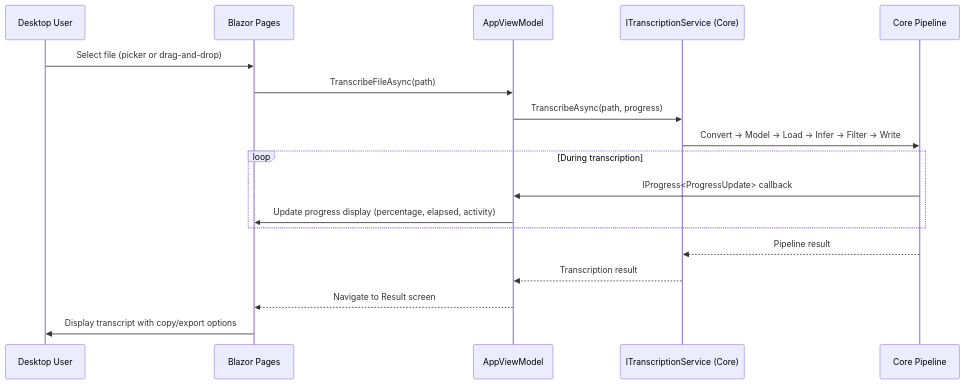
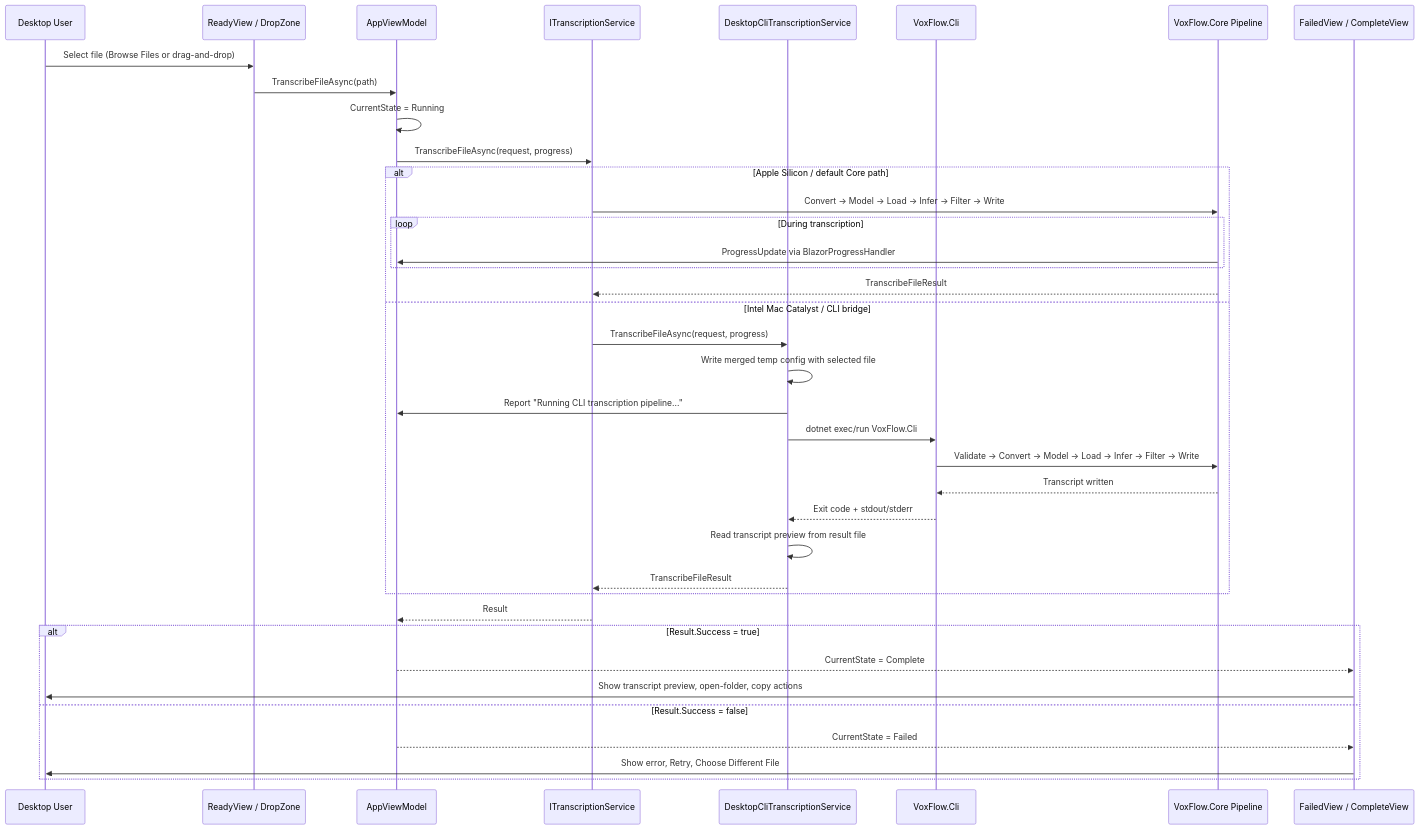
The sixth of 6 diagrams in docs/architecture/04-runtime-sequences.md (artemsemdev/VoxFlow), drawn with Mermaid before and after one commit. The commit also changed other lines of this file and 12 other files, not shown here.

First line of the commit message:
refactor: simplify VoxFlow Desktop UI by removing NotReady state, settings panel, and status bar

````diff
--- a/docs/architecture/04-runtime-sequences.md
+++ b/docs/architecture/04-runtime-sequences.md
@@ -238,24 +173,43 @@
 ```mermaid
 sequenceDiagram
     participant User as Desktop User
-    participant Pages as Blazor Pages
+    participant Ready as ReadyView / DropZone
     participant VM as AppViewModel
-    participant ITranscription as ITranscriptionService (Core)
-    participant Core as Core Pipeline
+    participant ITranscription as ITranscriptionService
+    participant Bridge as DesktopCliTranscriptionService
+    participant CLI as VoxFlow.Cli
+    participant Core as VoxFlow.Core Pipeline
+    participant Result as FailedView / CompleteView
 
-    User->>Pages: Select file (picker or drag-and-drop)
-    Pages->>VM: TranscribeFileAsync(path)
-    VM->>ITranscription: TranscribeAsync(path, progress)
-    ITranscription->>Core: Convert → Model → Load → Infer → Filter → Write
+    User->>Ready: Select file (Browse Files or drag-and-drop)
+    Ready->>VM: TranscribeFileAsync(path)
+    VM->>VM: CurrentState = Running
+    VM->>ITranscription: TranscribeFileAsync(request, progress)
 
-    loop During transcription
-        Core->>VM: IProgress<ProgressUpdate> callback
-        VM->>Pages: Update progress display (percentage, elapsed, activity)
+    alt Apple Silicon / default Core path
+        ITranscription->>Core: Convert -> Model -> Load -> Infer -> Filter -> Write
+        loop During transcription
+            Core->>VM: ProgressUpdate via BlazorProgressHandler
+        end
+        Core-->>ITranscription: TranscribeFileResult
+    else Intel Mac Catalyst / CLI bridge
+        ITranscription->>Bridge: TranscribeFileAsync(request, progress)
+        Bridge->>Bridge: Write merged temp config with selected file
+        Bridge->>VM: Report "Running CLI transcription pipeline..."
+        Bridge->>CLI: dotnet exec/run VoxFlow.Cli
+        CLI->>Core: Validate -> Convert -> Model -> Load -> Infer -> Filter -> Write
+        Core-->>CLI: Transcript written
+        CLI-->>Bridge: Exit code + stdout/stderr
+        Bridge->>Bridge: Read transcript preview from result file
+        Bridge-->>ITranscription: TranscribeFileResult
     end
 
-    Core-->>ITranscription: Pipeline result
-    ITranscription-->>VM: Transcription result
-
-    VM-->>Pages: Navigate to Result screen
-    Pages->>User: Display transcript with copy/export options
+    ITranscription-->>VM: Result
+    alt Result.Success = true
+        VM-->>Result: CurrentState = Complete
+        Result->>User: Show transcript preview, open-folder, copy actions
+    else Result.Success = false
+        VM-->>Result: CurrentState = Failed
+        Result->>User: Show error, Retry, Choose Different File
+    end
 ```
````
